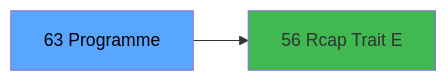
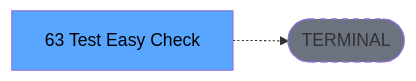
Before and after one commit to thonyAGP/lecteur-magic: the third of 3 diagrams in .openspec/renders/ADH-IDE-63.md, drawn with Mermaid. The commit also changed other lines of this file and 701 other files, not shown here.

````diff
--- a/.openspec/renders/ADH-IDE-63.md
+++ b/.openspec/renders/ADH-IDE-63.md
@@ -134,8 +141,8 @@
 ```mermaid
 graph LR
-    T[63 Programme]
-    C56[56 Rcap Trait E]
-    T --> C56
+    T[63 Test Easy Check]
+    TERM([TERMINAL])
+    T -.-> TERM
+    style TERM fill:#6b7280,stroke-dasharray: 5 5
     style T fill:#58a6ff,color:#000
-    style C56 fill:#3fb950
 ```
````
